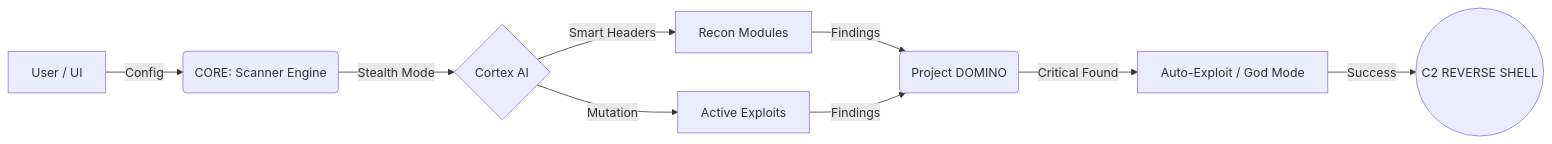
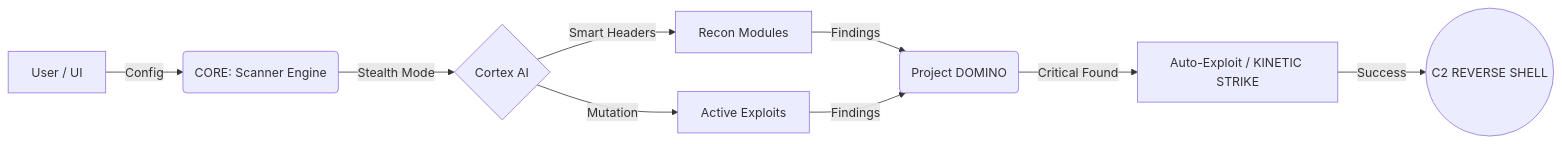
Before and after one commit to Meow-011/LOCKON-ORBITAL-STRIKE: the diagram in README.md, drawn with Mermaid. The commit also changed other lines of this file and 5 other files, not shown here.

````diff
--- a/README.md
+++ b/README.md
@@ -35,10 +35,10 @@
 ```mermaid
 graph LR
     A[User / UI] -->|Config| B(CORE: Scanner Engine)
     B -->|Stealth Mode| C{Cortex AI}
     C -->|Smart Headers| D[Recon Modules]
     C -->|Mutation| E[Active Exploits]
     D & E -->|Findings| F(Project DOMINO)
-    F -->|Critical Found| G[Auto-Exploit / God Mode]
+    F -->|Critical Found| G[Auto-Exploit / KINETIC STRIKE]
     G -->|Success| H((C2 REVERSE SHELL))
 ```
````
